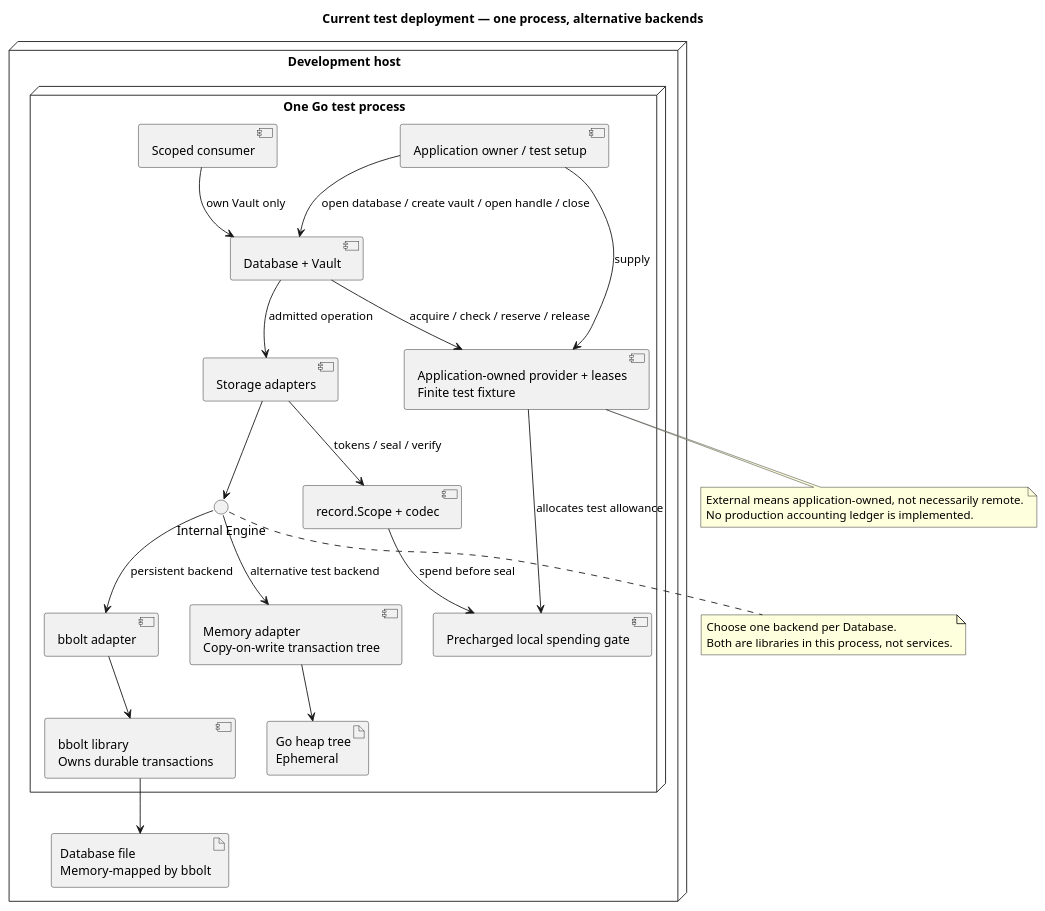
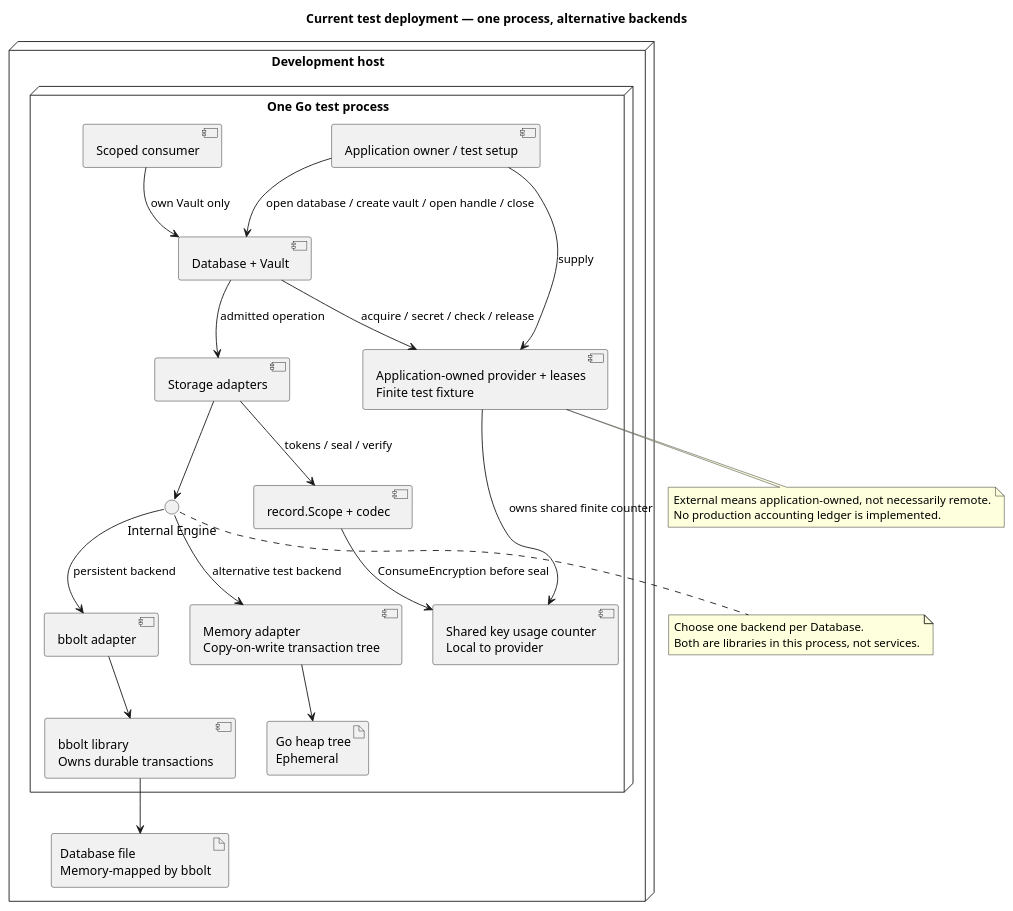
The second of 4 diagrams in docs/architecture/managed-storage-current-system.md (lainio/ic), drawn with PlantUML before and after one commit. The commit also changed other lines of this file and 15 other files, not shown here.

Commit message:
on demand key usage refactoring

```diff
--- a/docs/architecture/managed-storage-current-system.md
+++ b/docs/architecture/managed-storage-current-system.md
@@ -183,45 +188,45 @@
 ~~~plantuml
 @startuml
 skinparam shadowing false
 title Current test deployment — one process, alternative backends
 node "Development host" {
     node "One Go test process" {
         component "Application owner / test setup" as Owner
         component "Scoped consumer" as Consumer
         component "Database + Vault" as API
         component "Storage adapters" as Tx
         component "record.Scope + codec" as Codec
         component "Application-owned provider + leases\nFinite test fixture" as Provider
-        component "Precharged local spending gate" as Gate
+        component "Shared key usage counter\nLocal to provider" as Gate
         interface "Internal Engine" as Engine
         component "bbolt adapter" as BoltAdapter
         component "bbolt library\nOwns durable transactions" as Bolt
         component "Memory adapter\nCopy-on-write transaction tree" as Memory
         artifact "Go heap tree\nEphemeral" as Heap
     }
     artifact "Database file\nMemory-mapped by bbolt" as File
 }
 Owner --> API : open database / create vault / open handle / close
 Owner --> Provider : supply
 Consumer --> API : own Vault only
-API --> Provider : acquire / check / reserve / release
+API --> Provider : acquire / secret / check / release
 API --> Tx : admitted operation
 Tx --> Codec : tokens / seal / verify
-Provider --> Gate : allocates test allowance
-Codec --> Gate : spend before seal
+Provider --> Gate : owns shared finite counter
+Codec --> Gate : ConsumeEncryption before seal
 Tx --> Engine
 Engine --> BoltAdapter : persistent backend
 Engine --> Memory : alternative test backend
 BoltAdapter --> Bolt
 Bolt --> File
 Memory --> Heap
 note bottom of Engine
   Choose one backend per Database.
   Both are libraries in this process, not services.
 end note
 note bottom of Provider
   External means application-owned, not necessarily remote.
   No production accounting ledger is implemented.
 end note
 @enduml
 ~~~
```
